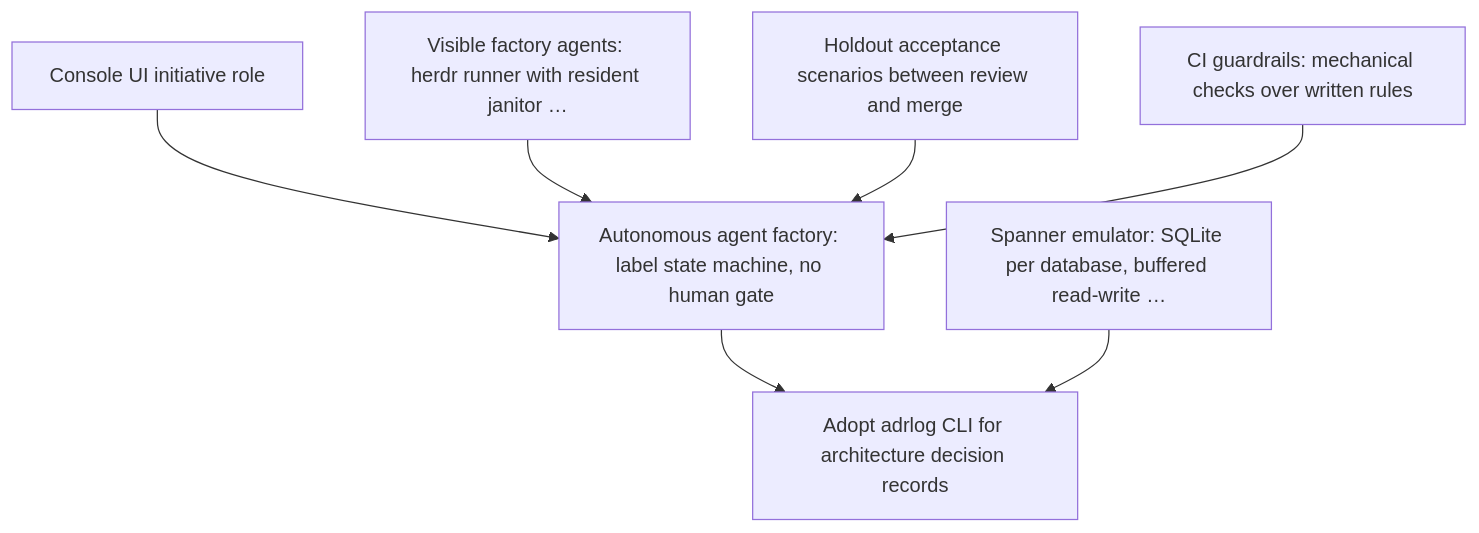
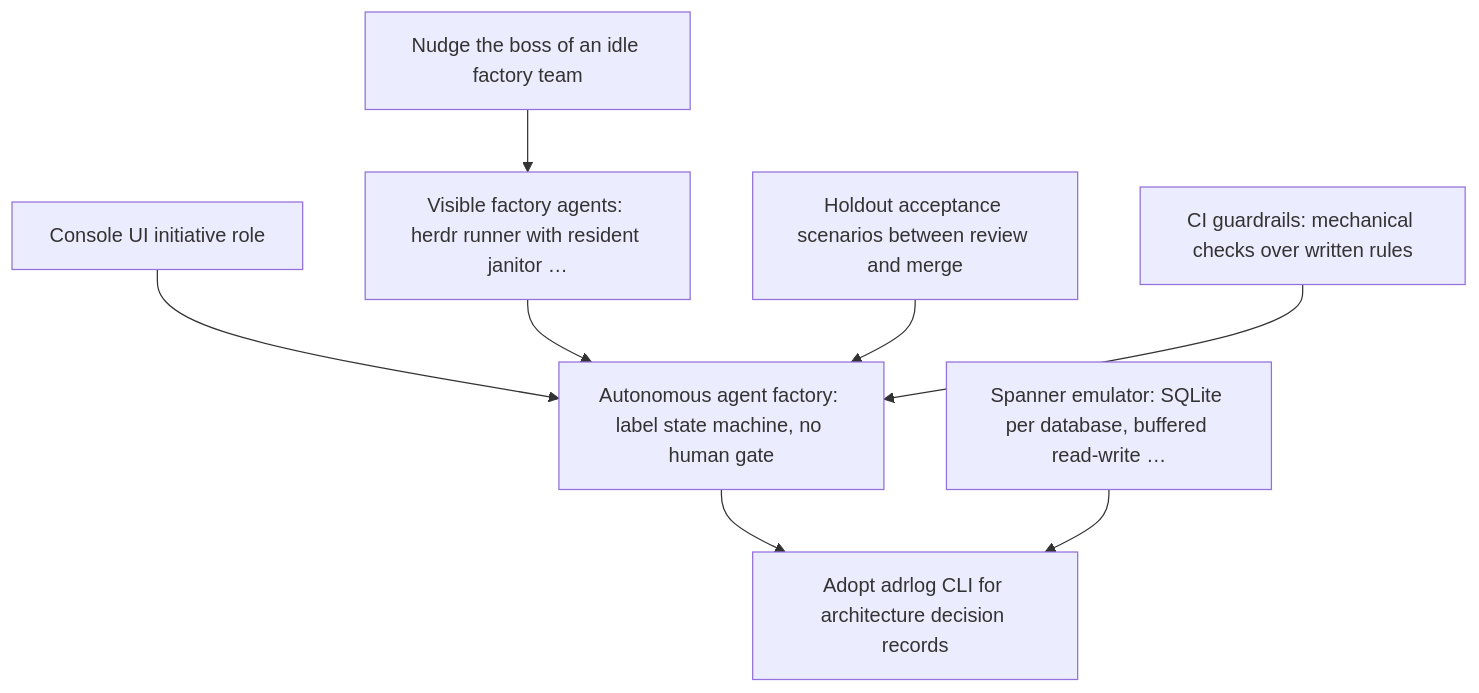
One commit to GuitarWag/gcp-local changed the diagram in docs/adr/README.md. Above: the diagram before and after it, drawn with Mermaid. The commit also changed other lines of this file and 5 other files, not shown here.

First line of the commit message:
feat(factory): nudge the boss of an idle team, allow 6 teams

````diff
--- a/docs/adr/README.md
+++ b/docs/adr/README.md
@@ -17,16 +18,18 @@
 ```mermaid
 graph TD
-  n0["Console UI initiative role"]
-  n1["Visible factory agents: herdr runner with resident janitor …"]
-  n2["Holdout acceptance scenarios between review and merge"]
-  n3["CI guardrails: mechanical checks over written rules"]
-  n4["Autonomous agent factory: label state machine, no human gate"]
-  n5["Spanner emulator: SQLite per database, buffered read-write …"]
-  n6["Adopt adrlog CLI for architecture decision records"]
-  n0 --> n4
-  n1 --> n4
-  n2 --> n4
-  n3 --> n4
-  n4 --> n6
-  n5 --> n6
+  n0["Nudge the boss of an idle factory team"]
+  n1["Console UI initiative role"]
+  n2["Visible factory agents: herdr runner with resident janitor …"]
+  n3["Holdout acceptance scenarios between review and merge"]
+  n4["CI guardrails: mechanical checks over written rules"]
+  n5["Autonomous agent factory: label state machine, no human gate"]
+  n6["Spanner emulator: SQLite per database, buffered read-write …"]
+  n7["Adopt adrlog CLI for architecture decision records"]
+  n0 --> n2
+  n1 --> n5
+  n2 --> n5
+  n3 --> n5
+  n4 --> n5
+  n5 --> n7
+  n6 --> n7
 ```
````
